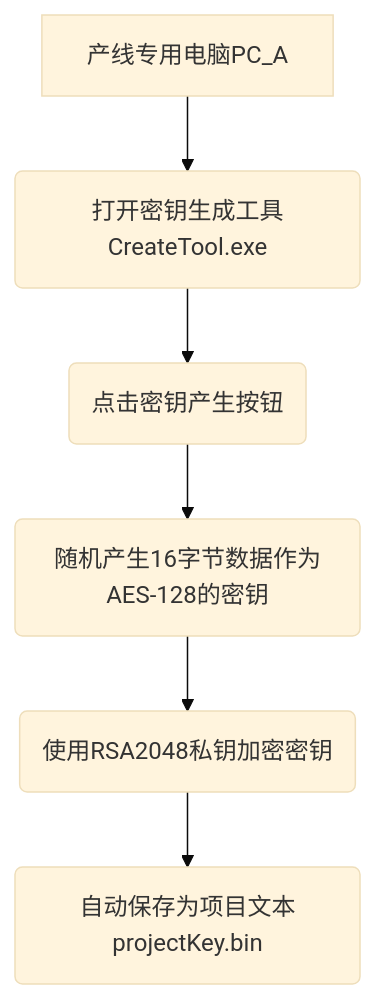
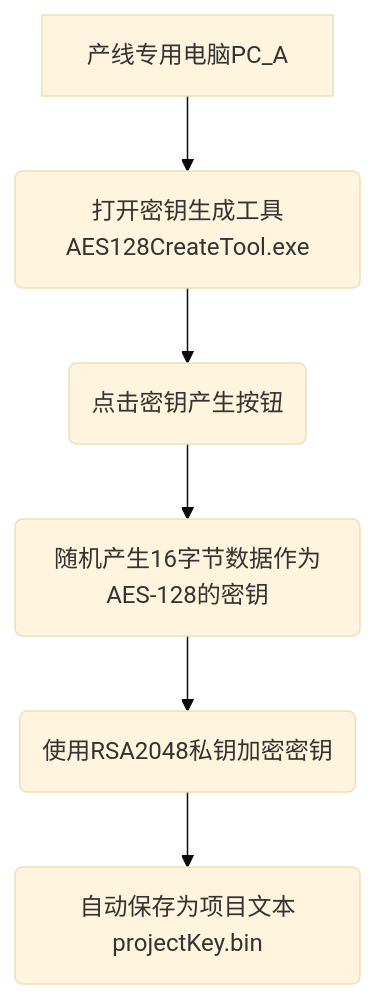
One commit to facebook-cloud/iodraw-files changed the diagram in all/未命名-9.md. Above: the diagram before and after it, drawn with Mermaid (base theme).

Commit message:
2026-01-06 20:36:54 update

````diff
--- a/all/未命名-9.md
+++ b/all/未命名-9.md
@@ -1,9 +1,9 @@
 ```mermaid
 graph TD
-    A[产线专用电脑PC_A] --> B(打开密钥生成工具CreateTool.exe)
+    A[产线专用电脑PC_A] --> B(打开密钥生成工具AES128CreateTool.exe)
     B --> C(点击密钥产生按钮)
     C --> D(随机产生16字节数据作为AES-128的密钥)
     D --> E(使用RSA2048私钥加密密钥)
     E --> F(自动保存为项目文本projectKey.bin)
 
 ```
````
